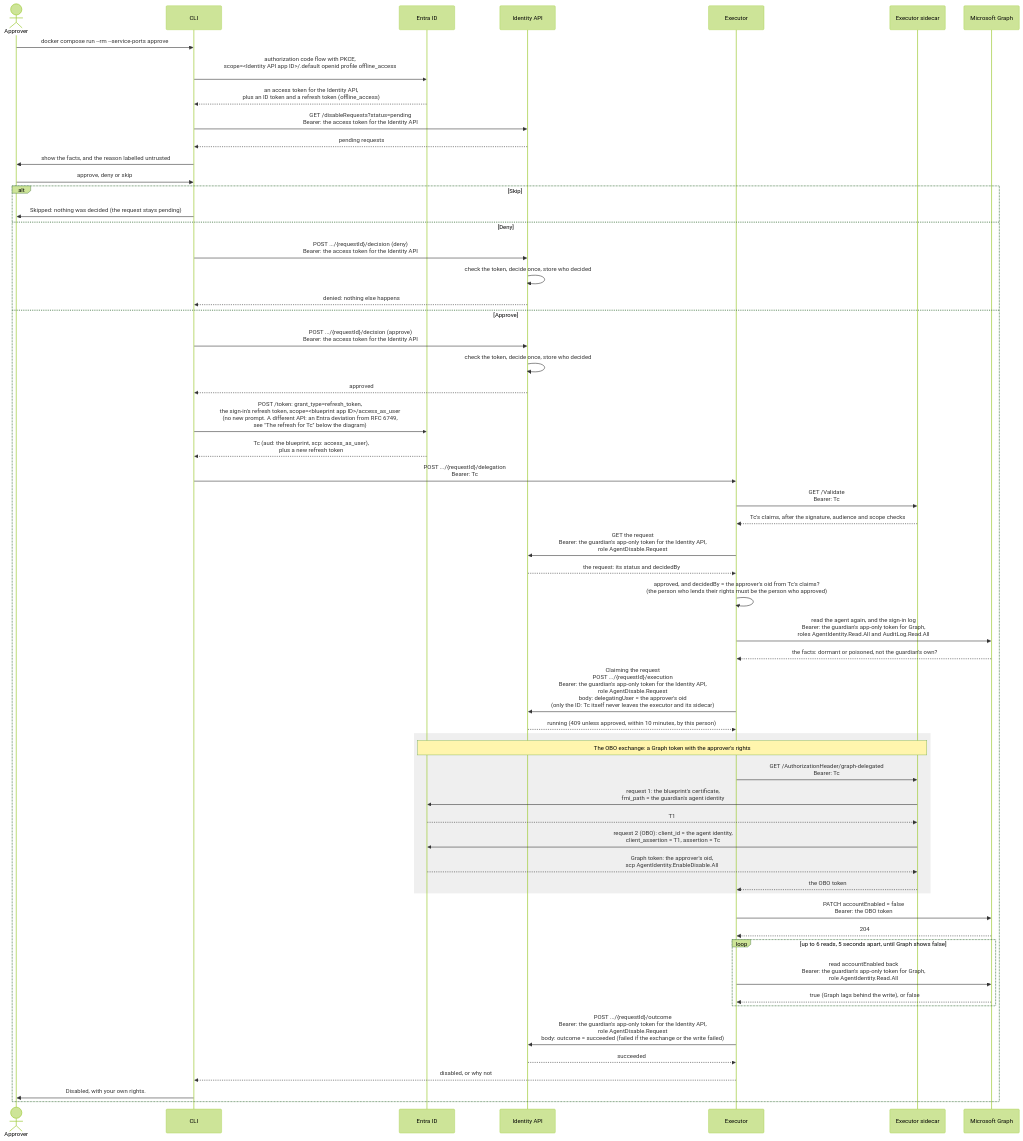
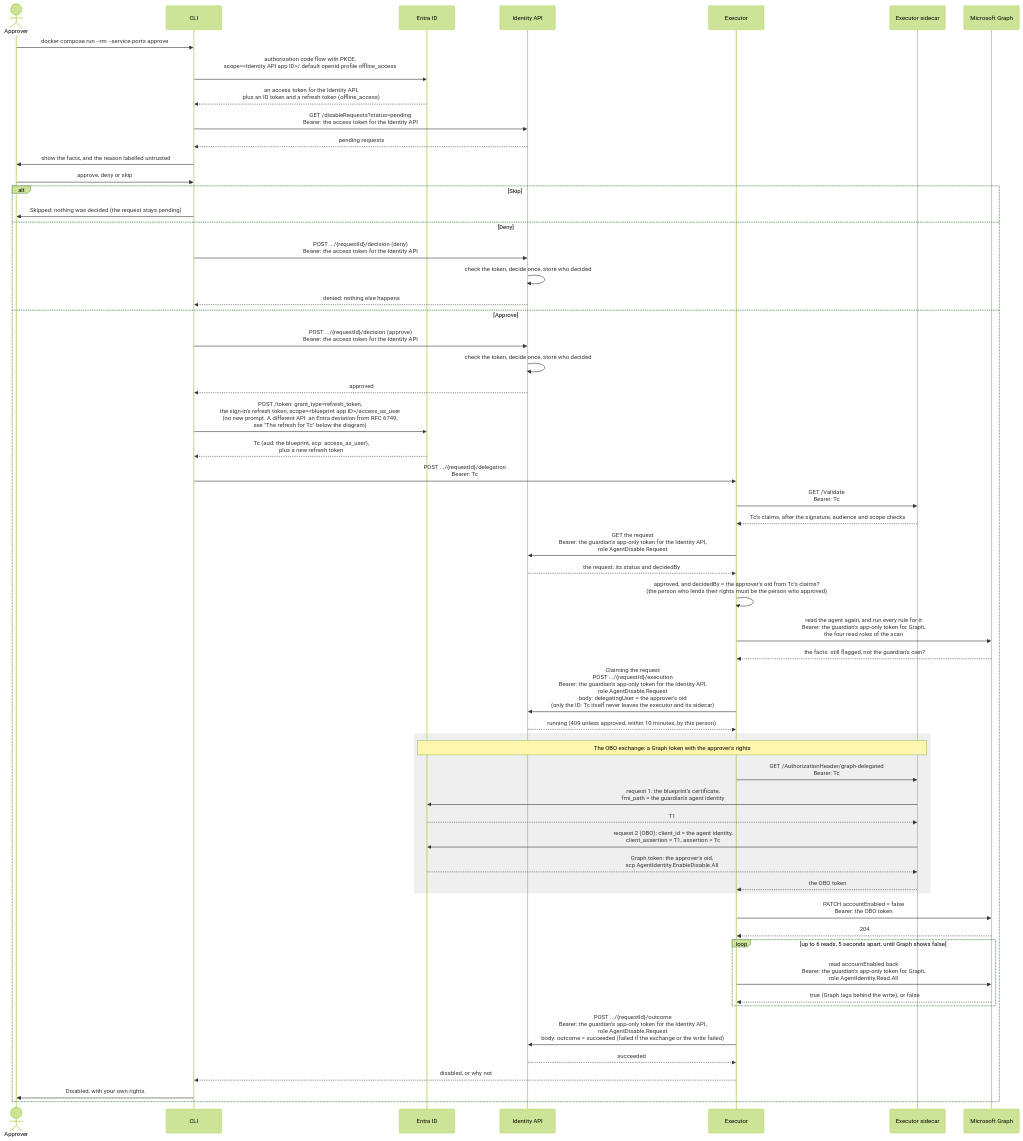
The fourth of 6 diagrams in docs/agent-steward-architecture.md (alireza-mpr/agent-steward), drawn with Mermaid (forest theme) before and after one commit. The commit also changed other lines of this file and 26 other files, not shown here.

Commit message:
feat(guardian): every flagged agent gets a disable request, for a person to decide

````diff
--- a/docs/agent-steward-architecture.md
+++ b/docs/agent-steward-architecture.md
@@ -283,61 +283,61 @@
 ```mermaid
 sequenceDiagram
     actor P as Approver
     participant C as CLI
     participant E as Entra ID
     participant A as Identity API
     participant X as Executor
     participant S as Executor sidecar
     participant G as Microsoft Graph
 
     P->>C: docker compose run --rm --service-ports approve
     C->>E: authorization code flow with PKCE,<br/>scope=#lt;Identity API app ID#gt;/.default openid profile offline_access<br/>
     E-->>C: an access token for the Identity API,<br/>plus an ID token and a refresh token (offline_access)
     C->>A: GET /disableRequests?status=pending<br/>Bearer: the access token for the Identity API
     A-->>C: pending requests
     C->>P: show the facts, and the reason labelled untrusted
     P->>C: approve, deny or skip
 
     alt Skip
         C->>P: Skipped: nothing was decided (the request stays pending)
     else Deny
         C->>A: POST .../{requestId}/decision (deny)<br/>Bearer: the access token for the Identity API
         A->>A: check the token, decide once, store who decided
         A-->>C: denied: nothing else happens
     else Approve
         C->>A: POST .../{requestId}/decision (approve)<br/>Bearer: the access token for the Identity API
         A->>A: check the token, decide once, store who decided
         A-->>C: approved
         C->>E: POST /token: grant_type=refresh_token,<br/>the sign-in's refresh token, scope=#lt;blueprint app ID#gt;/access_as_user<br/>(no new prompt. A different API: an Entra deviation from RFC 6749,<br/>see "The refresh for Tc" below the diagram)
         E-->>C: Tc (aud: the blueprint, scp: access_as_user),<br/>plus a new refresh token
         C->>X: POST .../{requestId}/delegation<br/>Bearer: Tc
         X->>S: GET /Validate<br/>Bearer: Tc
         S-->>X: Tc's claims, after the signature, audience and scope checks
         X->>A: GET the request<br/>Bearer: the guardian's app-only token for the Identity API,<br/>role AgentDisable.Request
         A-->>X: the request: its status and decidedBy
         X->>X: approved, and decidedBy = the approver's oid from Tc's claims?<br/>(the person who lends their rights must be the person who approved)
-        X->>G: read the agent again, and the sign-in log<br/>Bearer: the guardian's app-only token for Graph,<br/>roles AgentIdentity.Read.All and AuditLog.Read.All
-        G-->>X: the facts: dormant or poisoned, not the guardian's own?
+        X->>G: read the agent again, and run every rule for it<br/>Bearer: the guardian's app-only token for Graph,<br/>the four read roles of the scan
+        G-->>X: the facts: still flagged, not the guardian's own?
         X->>A: Claiming the request<br/>POST .../{requestId}/execution<br/>Bearer: the guardian's app-only token for the Identity API,<br/>role AgentDisable.Request<br/>body: delegatingUser = the approver's oid<br/>(only the ID: Tc itself never leaves the executor and its sidecar)
         A-->>X: running (409 unless approved, within 10 minutes, by this person)
         rect rgba(127, 127, 127, 0.12)
             Note over E,S: The OBO exchange: a Graph token with the approver's rights
             X->>S: GET /AuthorizationHeader/graph-delegated<br/>Bearer: Tc
             S->>E: request 1: the blueprint's certificate,<br/>fmi_path = the guardian's agent identity
             E-->>S: T1
             S->>E: request 2 (OBO): client_id = the agent identity,<br/>client_assertion = T1, assertion = Tc
             E-->>S: Graph token: the approver's oid,<br/>scp AgentIdentity.EnableDisable.All
             S-->>X: the OBO token
         end
         X->>G: PATCH accountEnabled = false<br/>Bearer: the OBO token
         G-->>X: 204
         loop up to 6 reads, 5 seconds apart, until Graph shows false
             X->>G: read accountEnabled back<br/>Bearer: the guardian's app-only token for Graph,<br/>role AgentIdentity.Read.All
             G-->>X: true (Graph lags behind the write), or false
         end
         X->>A: POST .../{requestId}/outcome<br/>Bearer: the guardian's app-only token for the Identity API,<br/>role AgentDisable.Request<br/>body: outcome = succeeded (failed if the exchange or the write failed)
         A-->>X: succeeded
         X-->>C: disabled, or why not
         C->>P: Disabled, with your own rights.
     end
 ```
````
